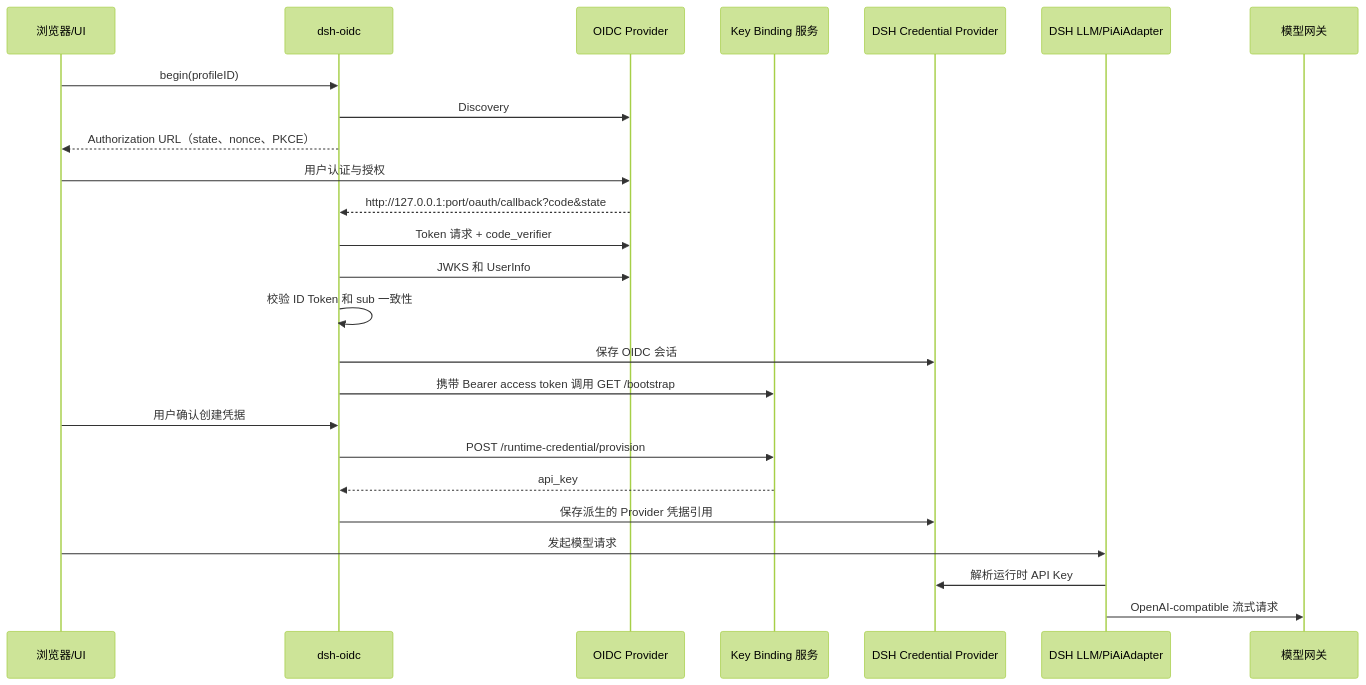
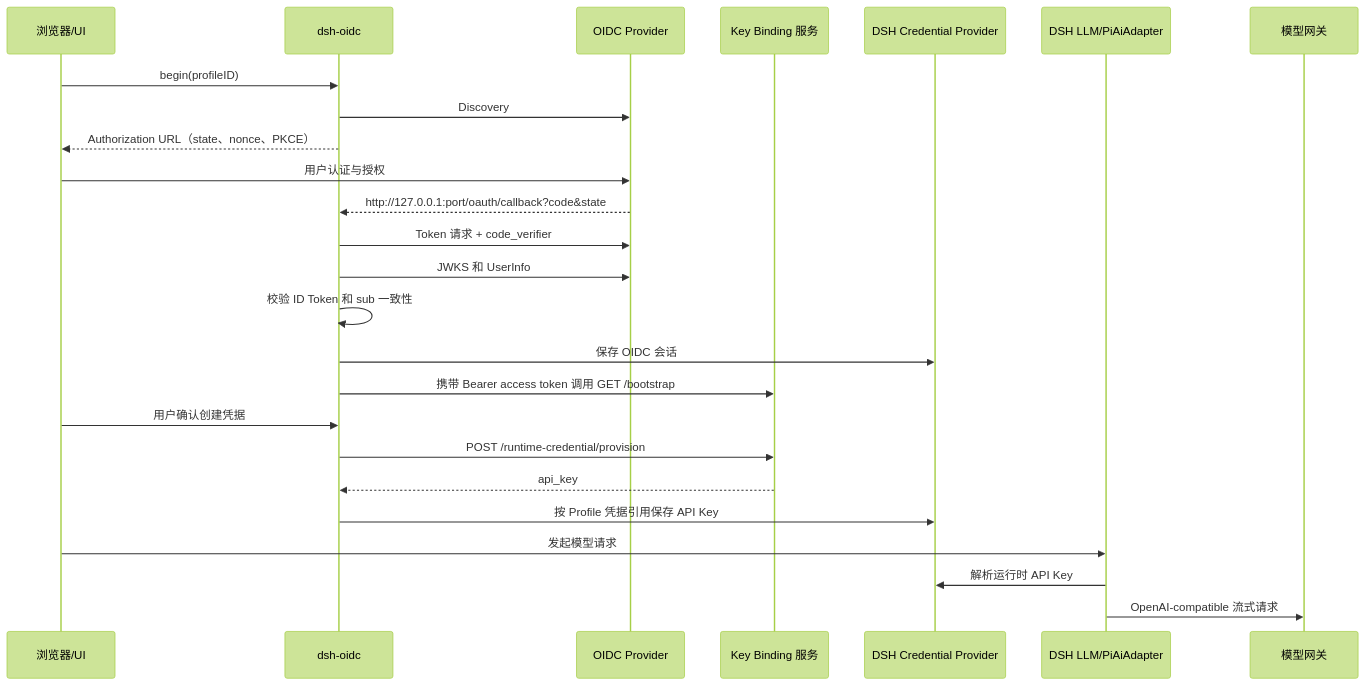
Before and after one commit to freedomkk-qfeng/dsh-oidc: the diagram in docs/architecture.md, drawn with Mermaid (forest theme). The commit also changed other lines of this file and 23 other files, not shown here.

````diff
--- a/docs/architecture.md
+++ b/docs/architecture.md
@@ -30,28 +30,28 @@
 ```mermaid
 sequenceDiagram
   participant B as 浏览器/UI
   participant D as dsh-oidc
   participant O as OIDC Provider
   participant K as Key Binding 服务
   participant C as DSH Credential Provider
   participant L as DSH LLM/PiAiAdapter
   participant M as 模型网关
 
   B->>D: begin(profileID)
   D->>O: Discovery
   D-->>B: Authorization URL（state、nonce、PKCE）
   B->>O: 用户认证与授权
   O-->>D: http://127.0.0.1:port/oauth/callback?code&state
   D->>O: Token 请求 + code_verifier
   D->>O: JWKS 和 UserInfo
   D->>D: 校验 ID Token 和 sub 一致性
   D->>C: 保存 OIDC 会话
   D->>K: 携带 Bearer access token 调用 GET /bootstrap
   B->>D: 用户确认创建凭据
   D->>K: POST /runtime-credential/provision
   K-->>D: api_key
-  D->>C: 保存派生的 Provider 凭据引用
+  D->>C: 按 Profile 凭据引用保存 API Key
   B->>L: 发起模型请求
   L->>C: 解析运行时 API Key
   L->>M: OpenAI-compatible 流式请求
 ```
````
